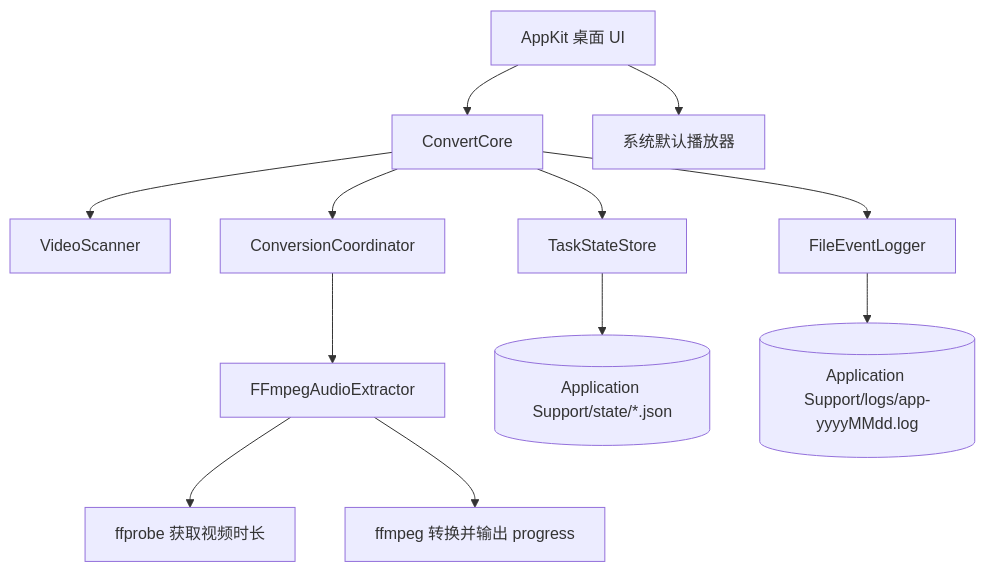
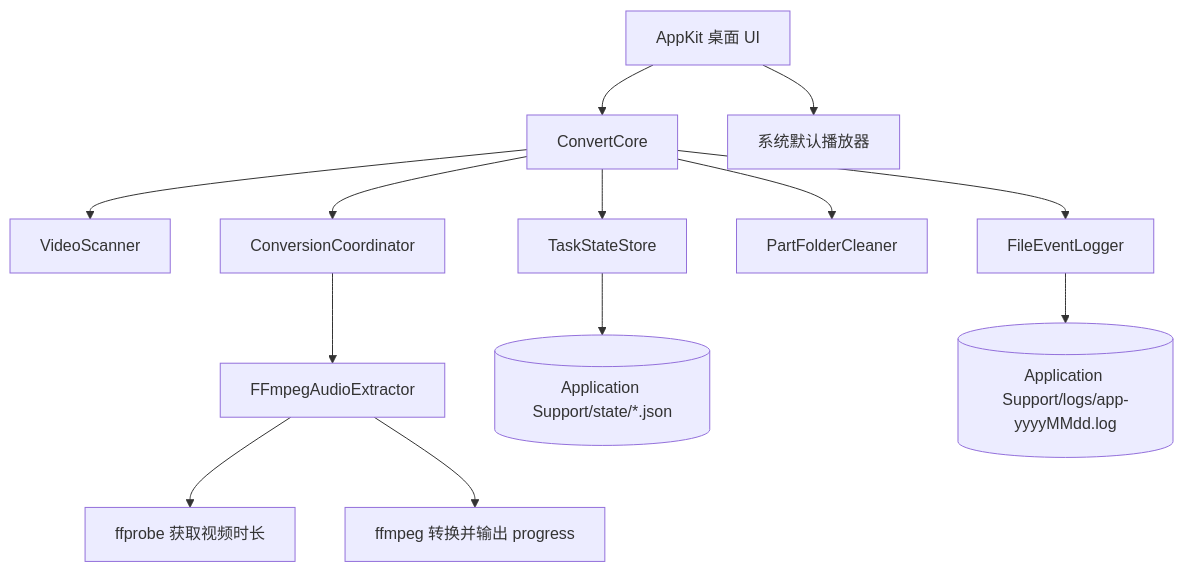
Before and after one commit to olojiang/convert_video_2_mp3: the first of 4 diagrams in local_docs/设计与实现说明.md, drawn with Mermaid. The commit also changed other lines of this file and 7 other files, not shown here.

````diff
--- a/local_docs/设计与实现说明.md
+++ b/local_docs/设计与实现说明.md
@@ -9,14 +9,15 @@
 ```mermaid
 flowchart TB
     UI[AppKit 桌面 UI] --> Core[ConvertCore]
     UI --> Playback[系统默认播放器]
     Core --> Scanner[VideoScanner]
     Core --> Store[TaskStateStore]
     Core --> Coordinator[ConversionCoordinator]
+    Core --> Cleaner[PartFolderCleaner]
     Core --> Logger[FileEventLogger]
     Coordinator --> Extractor[FFmpegAudioExtractor]
     Extractor --> FFprobe[ffprobe 获取视频时长]
     Extractor --> FFmpeg[ffmpeg 转换并输出 progress]
     Store --> State[(Application Support/state/*.json)]
     Logger --> Logs[(Application Support/logs/app-yyyyMMdd.log)]
 ```
````
